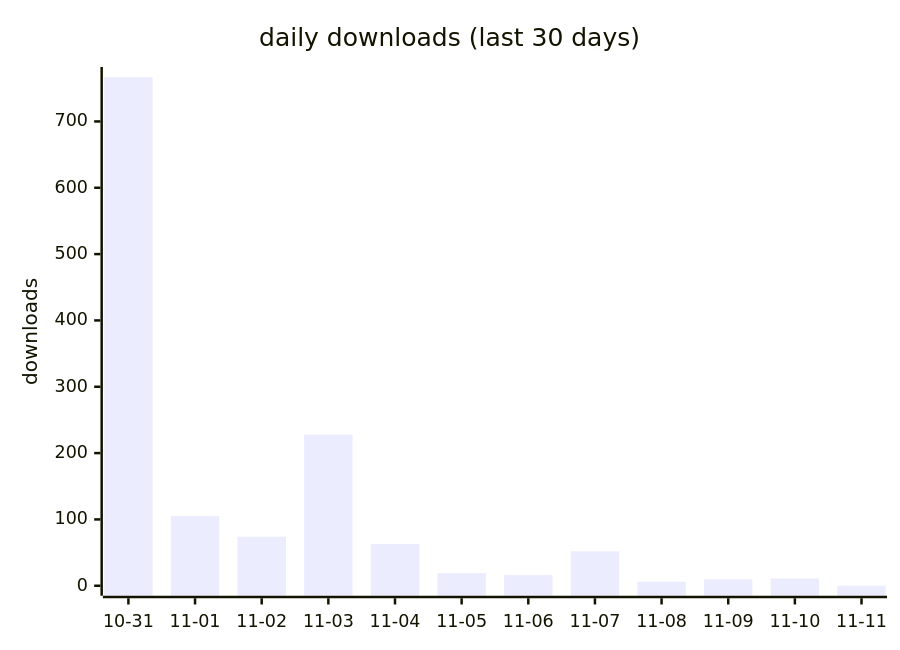
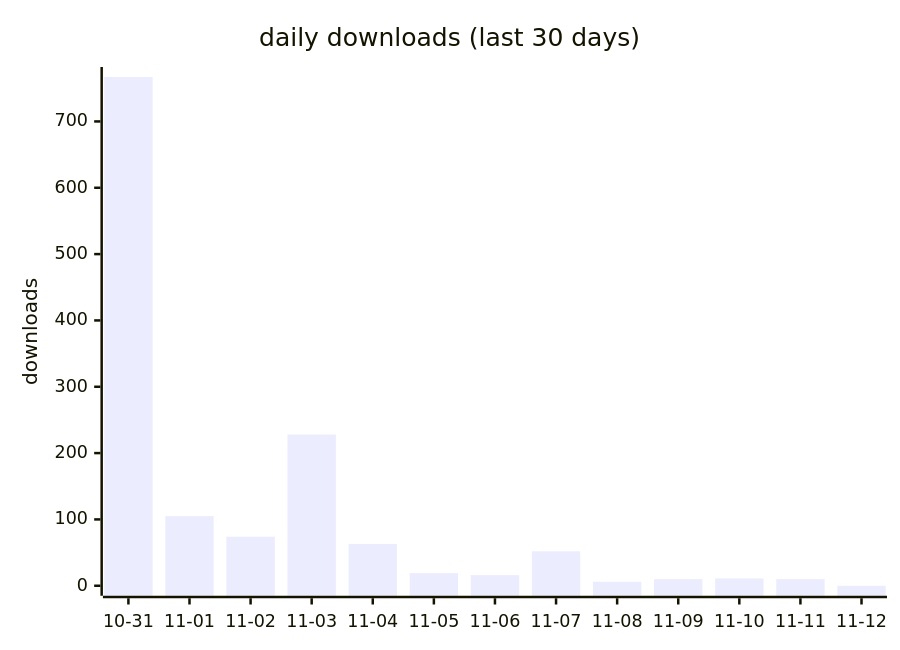
Before and after one commit to terry2010/opencode-loop-recover: the first of 2 diagrams in docs/downloads-2026.md, drawn with Mermaid. The commit also changed other lines of this file and 1 other file, not shown here.

````diff
--- a/docs/downloads-2026.md
+++ b/docs/downloads-2026.md
@@ -19,7 +19,7 @@
 ```mermaid
 xychart-beta
     title "daily downloads (last 30 days)"
-    x-axis ["10-31", "11-01", "11-02", "11-03", "11-04", "11-05", "11-06", "11-07", "11-08", "11-09", "11-10", "11-11"]
+    x-axis ["10-31", "11-01", "11-02", "11-03", "11-04", "11-05", "11-06", "11-07", "11-08", "11-09", "11-10", "11-11", "11-12"]
     y-axis "downloads" 0 --> 767
-    bar [767, 105, 74, 228, 63, 19, 16, 52, 6, 10, 11, 0]
+    bar [767, 105, 74, 228, 63, 19, 16, 52, 6, 10, 11, 10, 0]
 ```
````
